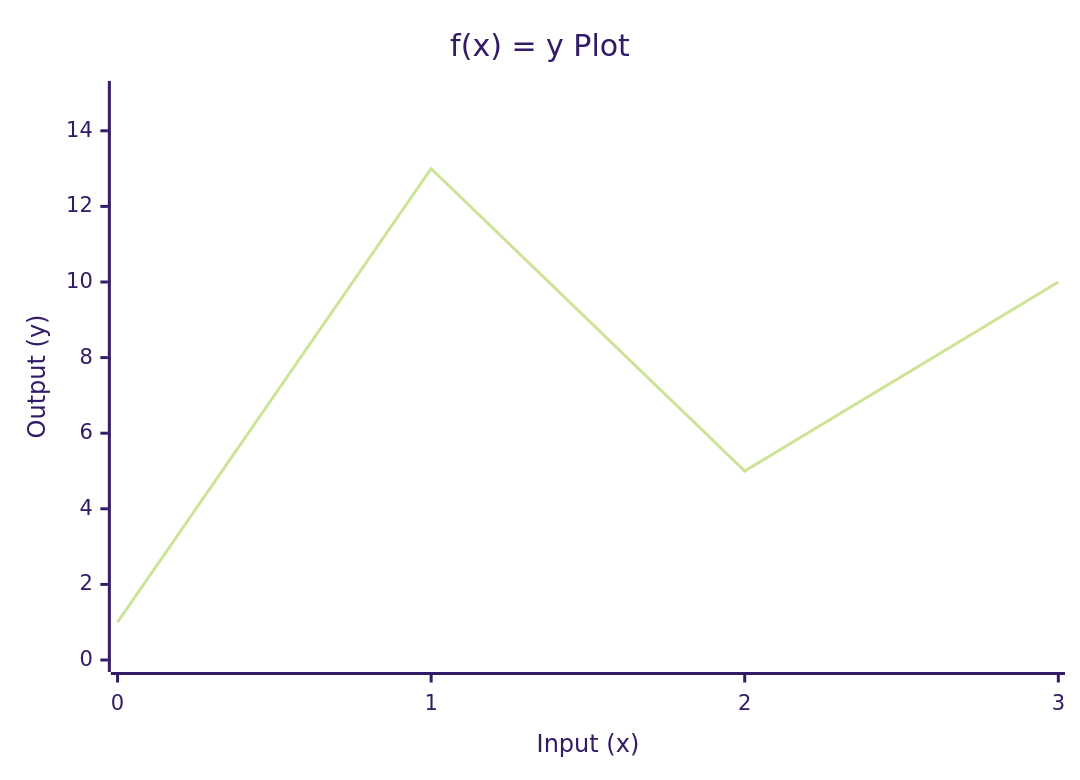
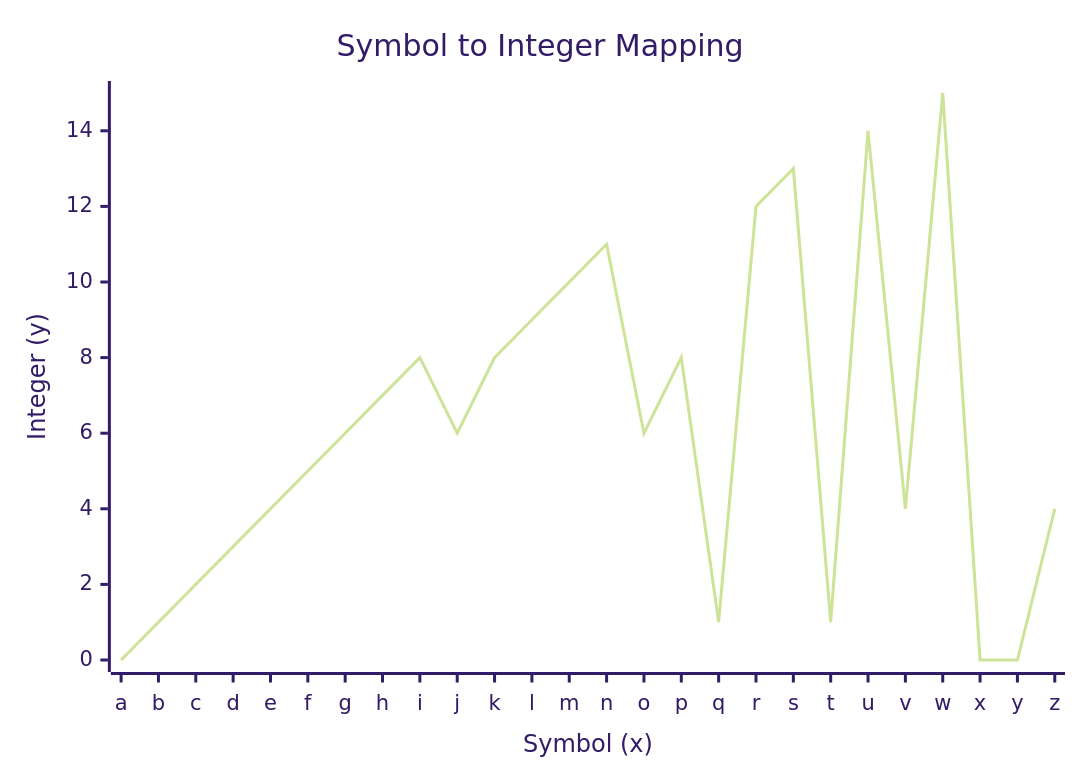
One commit to ChukwudiDonald/research-folder changed the diagram in Contex Cipher/README.md. Above: the diagram before and after it, drawn with Mermaid (forest theme). The commit also changed other lines of this file, not shown here.

````diff
--- a/Contex Cipher/README.md
+++ b/Contex Cipher/README.md
@@ -42,7 +42,7 @@
 ```mermaid
 xychart-beta
-    title "f(x) = y Plot"
-    x-axis "Input (x)" [0, 1, 2, 3]
-    y-axis "Output (y)" 0 --> 15
-    line "Function Values" [1, 13, 5, 10]
+    title "Symbol to Integer Mapping"
+    x-axis "Symbol (x)" ["a", "b", "c", "d", "e", "f", "g", "h", "i", "j", "k", "l", "m", "n", "o", "p", "q", "r", "s", "t", "u", "v", "w", "x", "y", "z"]
+    y-axis "Integer (y)" 0 --> 15
+    line "Mapping Values" [0, 1, 2, 3, 4, 5, 6, 7, 8, 6, 8, 9, 10, 11, 6, 8, 1, 12, 13, 1, 14, 4, 15, 0, 0, 4]
 ```
````
